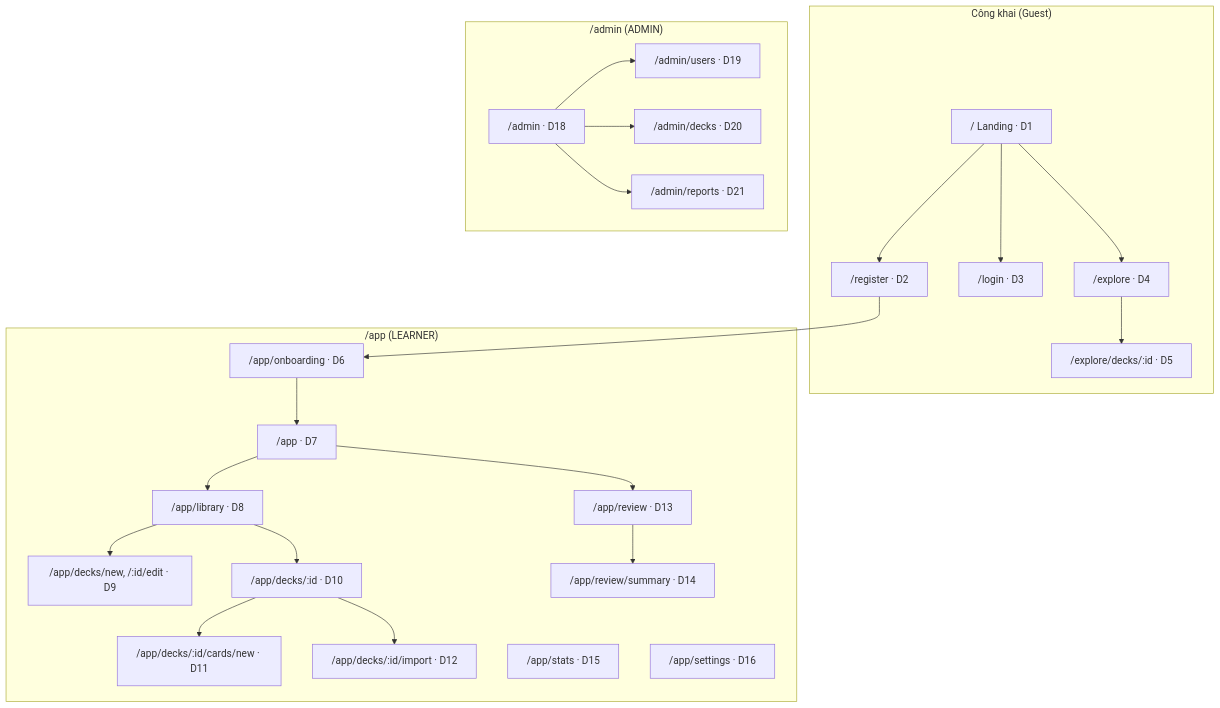
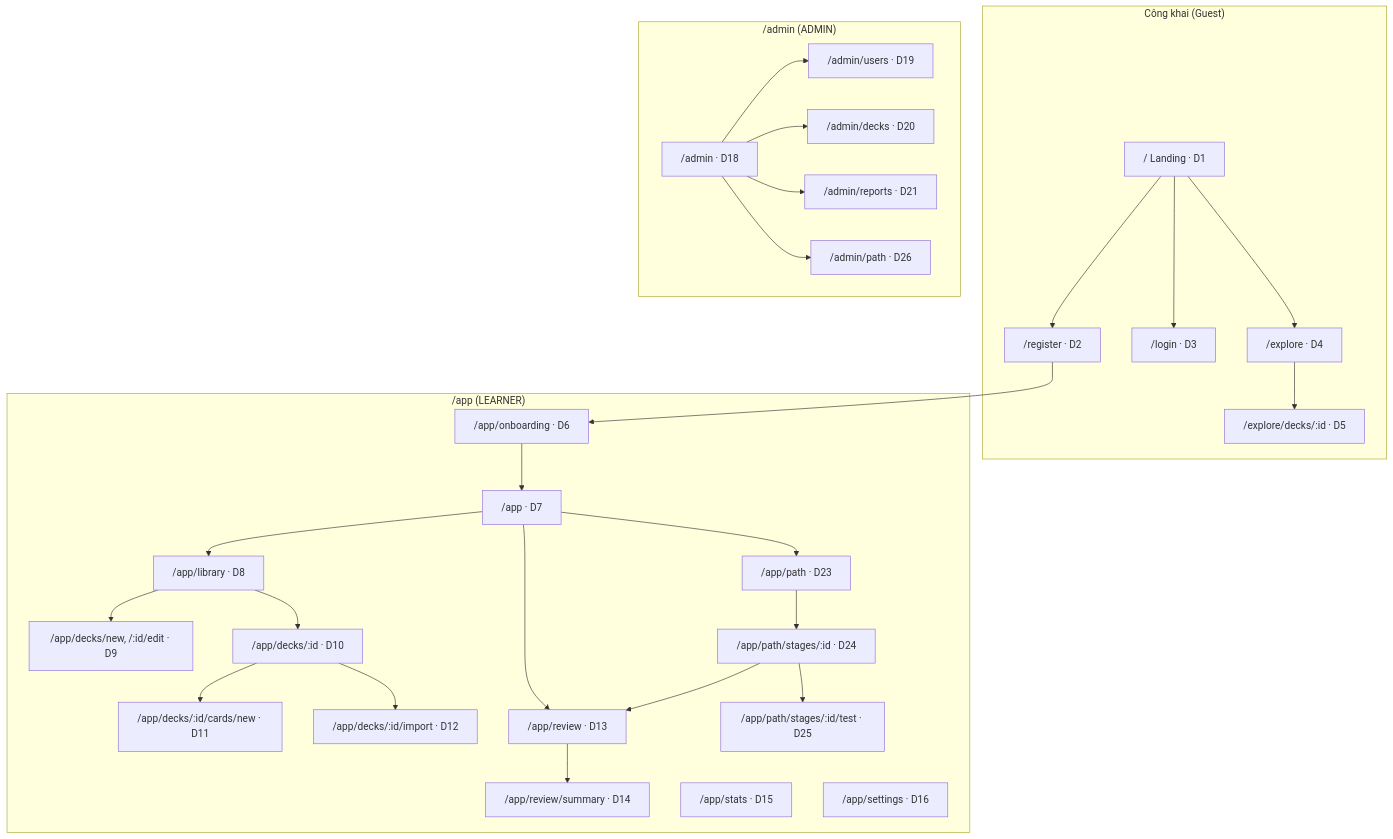
The diagram in docs/design/03-information-architecture.md (Minhtam-cr21/SpacedVocab), drawn with Mermaid before and after one commit. The commit also changed other lines of this file and 5 other files, not shown here.

````diff
--- a/docs/design/03-information-architecture.md
+++ b/docs/design/03-information-architecture.md
@@ -5,39 +5,46 @@
 ```mermaid
 flowchart TD
     subgraph Guest["Công khai (Guest)"]
         L["/ Landing · D1"]
         REG["/register · D2"]
         LOG["/login · D3"]
         EXP["/explore · D4"]
         PUB["/explore/decks/:id · D5"]
     end
     subgraph App["/app (LEARNER)"]
         ONB["/app/onboarding · D6"]
         DASH["/app · D7"]
         LIB["/app/library · D8"]
         DF["/app/decks/new, /:id/edit · D9"]
         DD["/app/decks/:id · D10"]
         CF["/app/decks/:id/cards/new · D11"]
         IMP["/app/decks/:id/import · D12"]
         REV["/app/review · D13"]
         SUM["/app/review/summary · D14"]
         ST["/app/stats · D15"]
         SET["/app/settings · D16"]
+        PATH["/app/path · D23"]
+        STG["/app/path/stages/:id · D24"]
+        STT["/app/path/stages/:id/test · D25"]
     end
     subgraph Admin["/admin (ADMIN)"]
         AD["/admin · D18"]
         AU["/admin/users · D19"]
         ADK["/admin/decks · D20"]
         AR["/admin/reports · D21"]
+        AP["/admin/path · D26"]
     end
     L --> EXP --> PUB
     L --> REG --> ONB --> DASH
     L --> LOG
     DASH --> REV --> SUM
+    DASH --> PATH --> STG --> REV
+    STG --> STT
     DASH --> LIB --> DD --> CF
     DD --> IMP
     LIB --> DF
     AD --> AU
     AD --> ADK
     AD --> AR
+    AD --> AP
 ```
````
